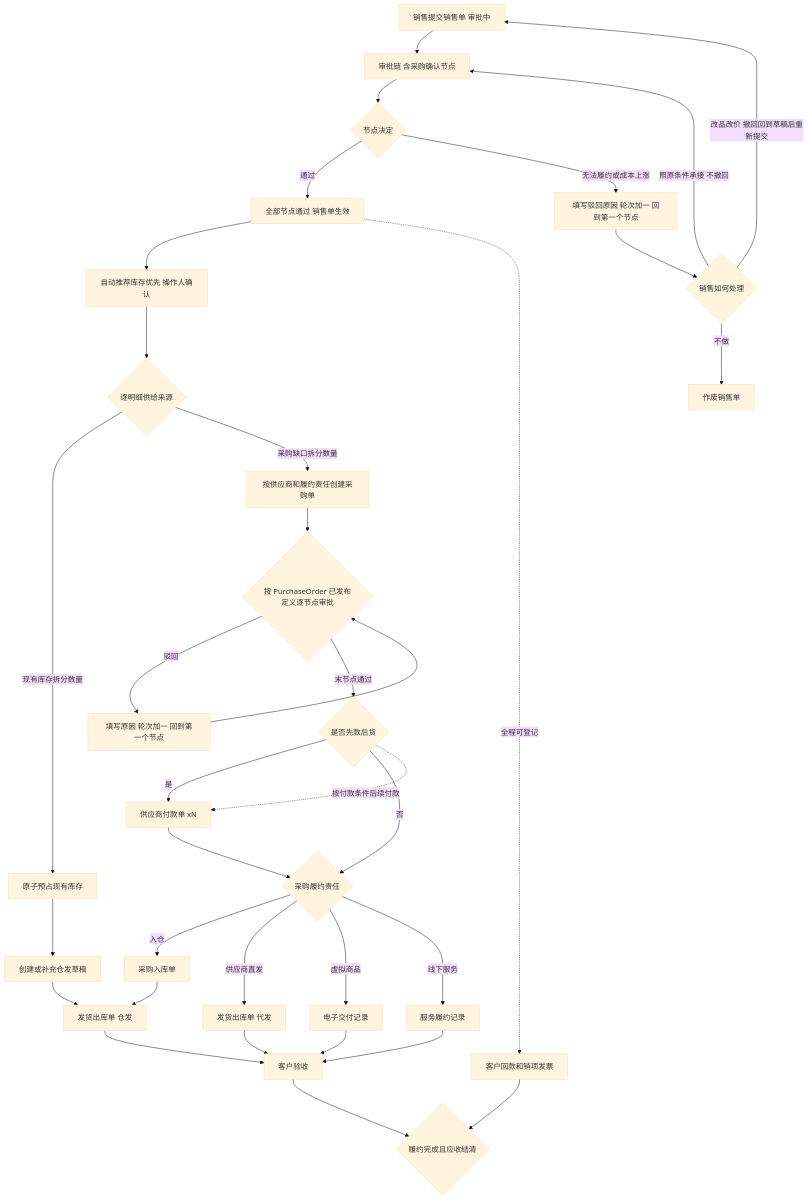
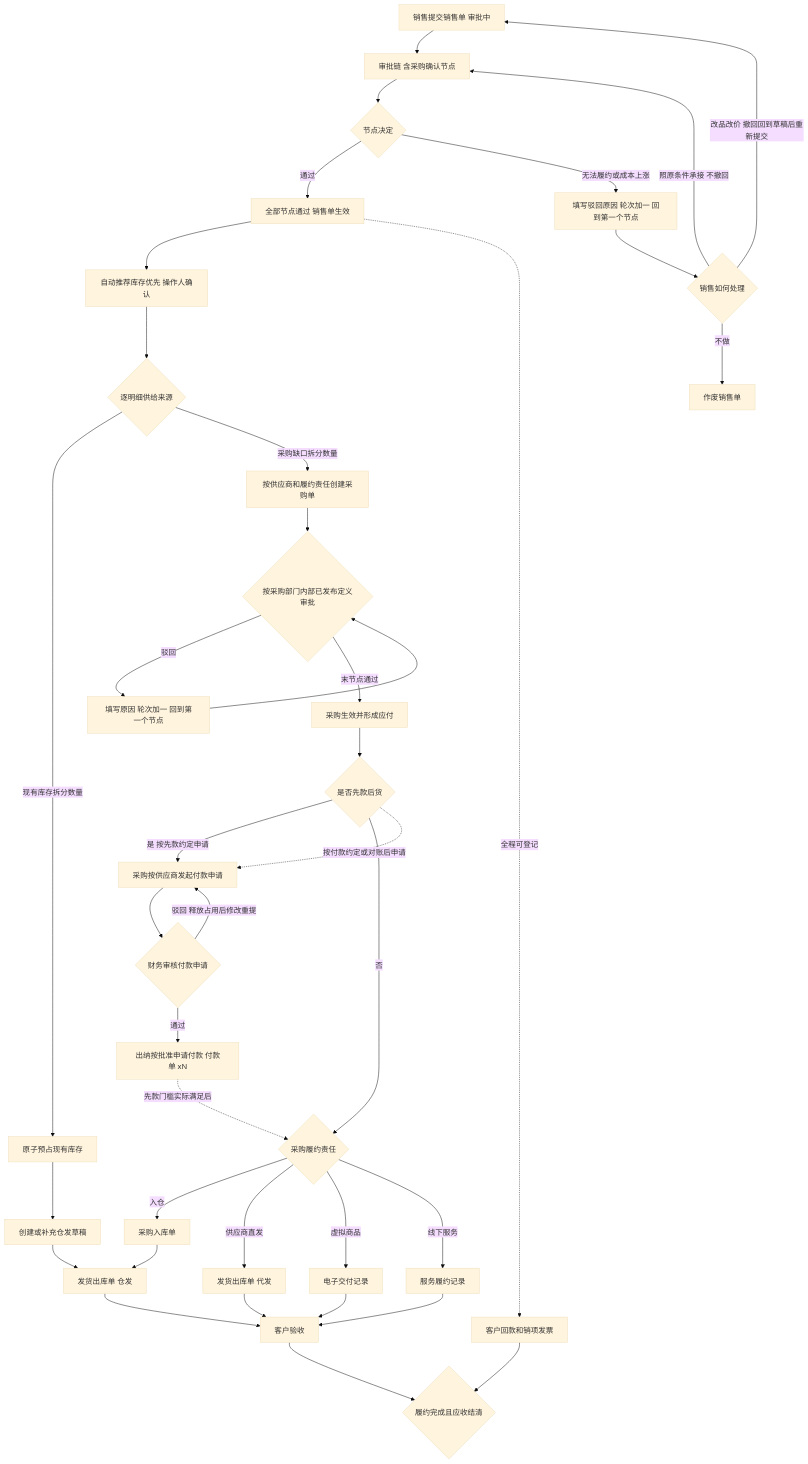
Before and after one commit to mztlive/erp: the seventh of 11 diagrams in docs/erp-phase-1.md, drawn with Mermaid (base theme). The commit also changed other lines of this file and 6 other files, not shown here.

````diff
--- a/docs/erp-phase-1.md
+++ b/docs/erp-phase-1.md
@@ -670,63 +675,70 @@
 ```mermaid
 flowchart TD
   销售单[销售提交销售单 审批中]
   二次确认[审批链 含采购确认节点]
   确认结果{节点决定}
   驳回[填写驳回原因 轮次加一 回到第一个节点]
   处理{销售如何处理}
   作废[作废销售单]
   生效[全部节点通过 销售单生效]
   供给分配[自动推荐库存优先 操作人确认]
   供给来源{逐明细供给来源}
   库存预占[原子预占现有库存]
   仓发草稿[创建或补充仓发草稿]
   采购单[按供应商和履约责任创建采购单]
-  采购审批{按 PurchaseOrder 已发布定义逐节点审批}
+  采购审批{按采购部门内部已发布定义审批}
   驳回采购[填写原因 轮次加一 回到第一个节点]
+  应付[采购生效并形成应付]
   条件{是否先款后货}
-  付款[供应商付款单 xN]
+  申请[采购按供应商发起付款申请]
+  付款审核{财务审核付款申请}
+  付款[出纳按批准申请付款 付款单 xN]
   履约{采购履约责任}
   入库[采购入库单]
   仓发[发货出库单 仓发]
   代发[发货出库单 代发]
   电子[电子交付记录]
   服务[服务履约记录]
   验收[客户验收]
   客户票款[客户回款和销项发票]
   关闭{履约完成且应收结清}
 
   销售单 --> 二次确认
   二次确认 --> 确认结果
   确认结果 -->|通过| 生效
   生效 --> 供给分配
   供给分配 --> 供给来源
   供给来源 -->|现有库存拆分数量| 库存预占
   库存预占 --> 仓发草稿
   仓发草稿 --> 仓发
   供给来源 -->|采购缺口拆分数量| 采购单
   确认结果 -->|无法履约或成本上涨| 驳回
   驳回 --> 处理
   处理 -->|照原条件承接 不撤回| 二次确认
   处理 -->|改品改价 撤回回到草稿后重新提交| 销售单
   处理 -->|不做| 作废
   采购单 --> 采购审批
   采购审批 -->|驳回| 驳回采购
   驳回采购 --> 采购审批
-  采购审批 -->|末节点通过| 条件
-  条件 -->|是| 付款
-  付款 --> 履约
+  采购审批 -->|末节点通过| 应付
+  应付 --> 条件
+  条件 -->|是 按先款约定申请| 申请
   条件 -->|否| 履约
-  条件 -.->|按付款条件后续付款| 付款
+  条件 -.->|按付款约定或对账后申请| 申请
+  申请 --> 付款审核
+  付款审核 -->|驳回 释放占用后修改重提| 申请
+  付款审核 -->|通过| 付款
+  付款 -.->|先款门槛实际满足后| 履约
   履约 -->|入仓| 入库
   入库 --> 仓发
   履约 -->|供应商直发| 代发
   履约 -->|虚拟商品| 电子
   履约 -->|线下服务| 服务
   仓发 --> 验收
   代发 --> 验收
   电子 --> 验收
   服务 --> 验收
   生效 -.->|全程可登记| 客户票款
   验收 --> 关闭
   客户票款 --> 关闭
 ```
````
